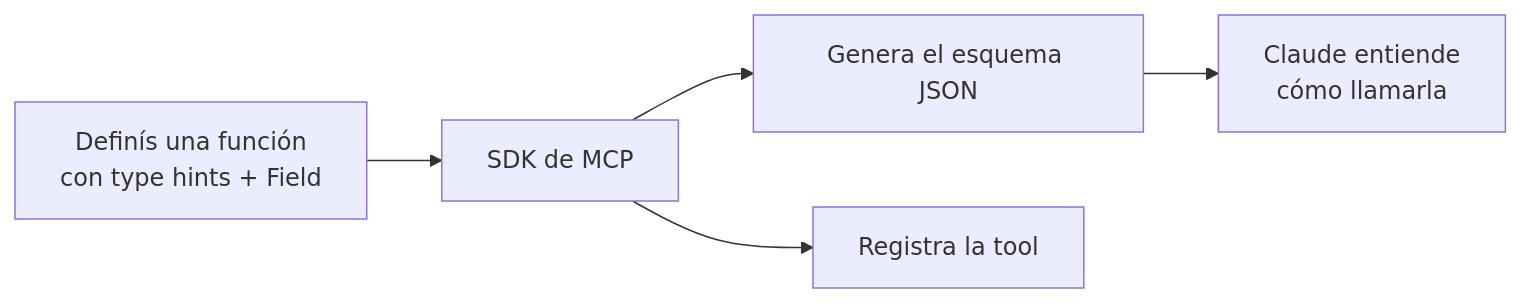
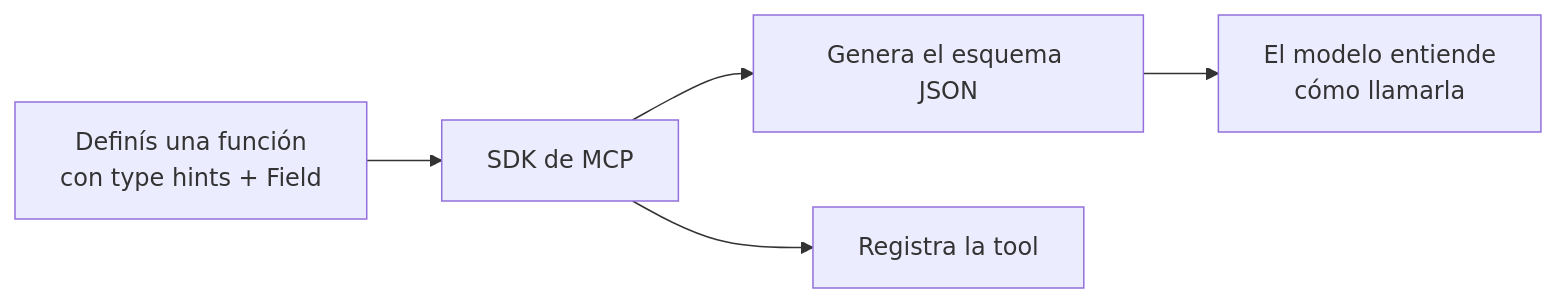
Before and after one commit to alvarezleonardo/MCP: the first of 2 diagrams in Introduction to Model Context Protocol/03-herramientas-e-inspector.md, drawn with Mermaid. The commit also changed other lines of this file and 14 other files, not shown here.

````diff
--- a/Introduction to Model Context Protocol/03-herramientas-e-inspector.md
+++ b/Introduction to Model Context Protocol/03-herramientas-e-inspector.md
@@ -72,7 +72,7 @@
 ```mermaid
 flowchart LR
     Dev["Definís una función<br/>con type hints + Field"] --> SDK["SDK de MCP"]
     SDK --> Schema["Genera el esquema JSON"]
     SDK --> Reg["Registra la tool"]
-    Schema --> Claude["Claude entiende<br/>cómo llamarla"]
+    Schema --> Modelo["El modelo entiende<br/>cómo llamarla"]
 ```
````
